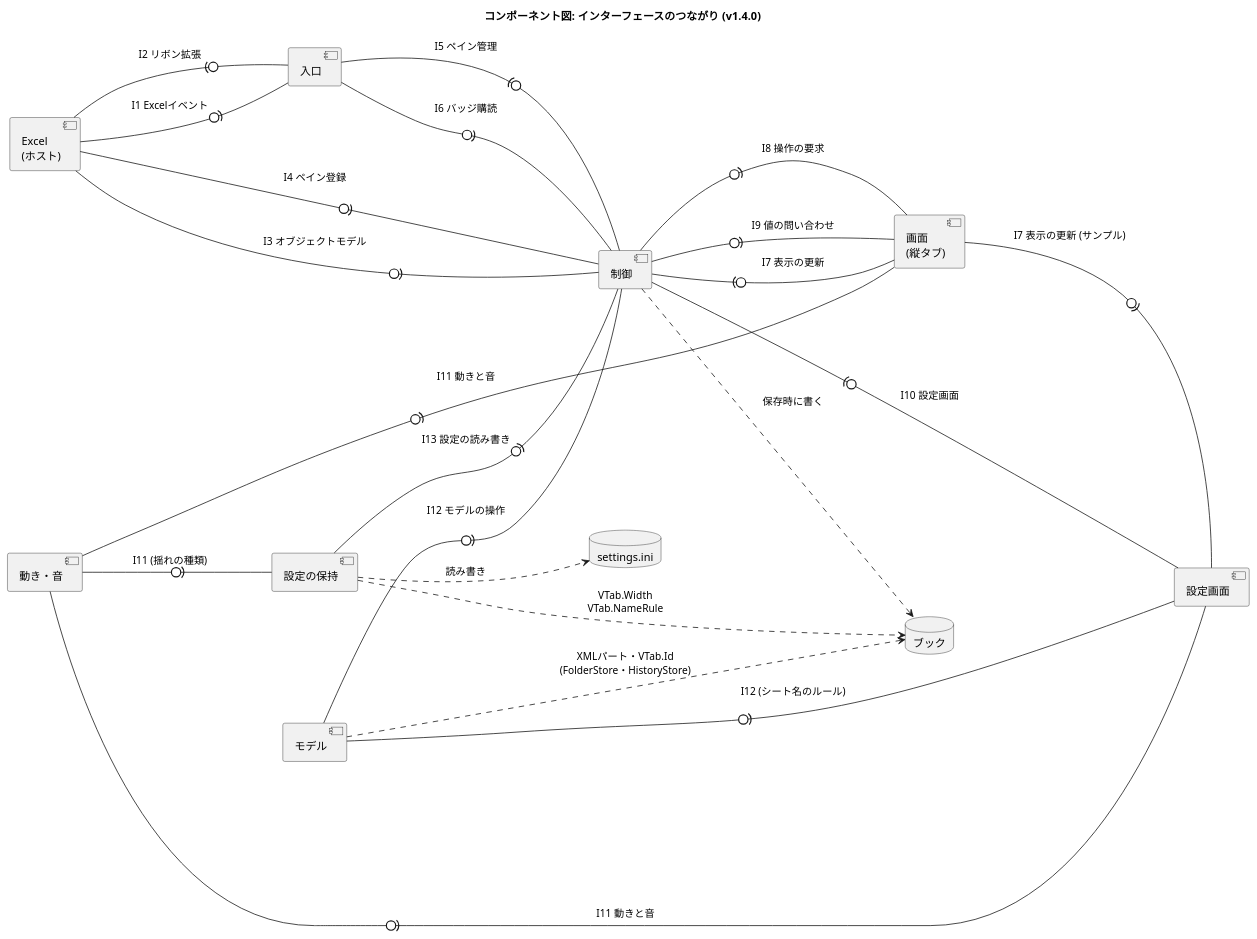
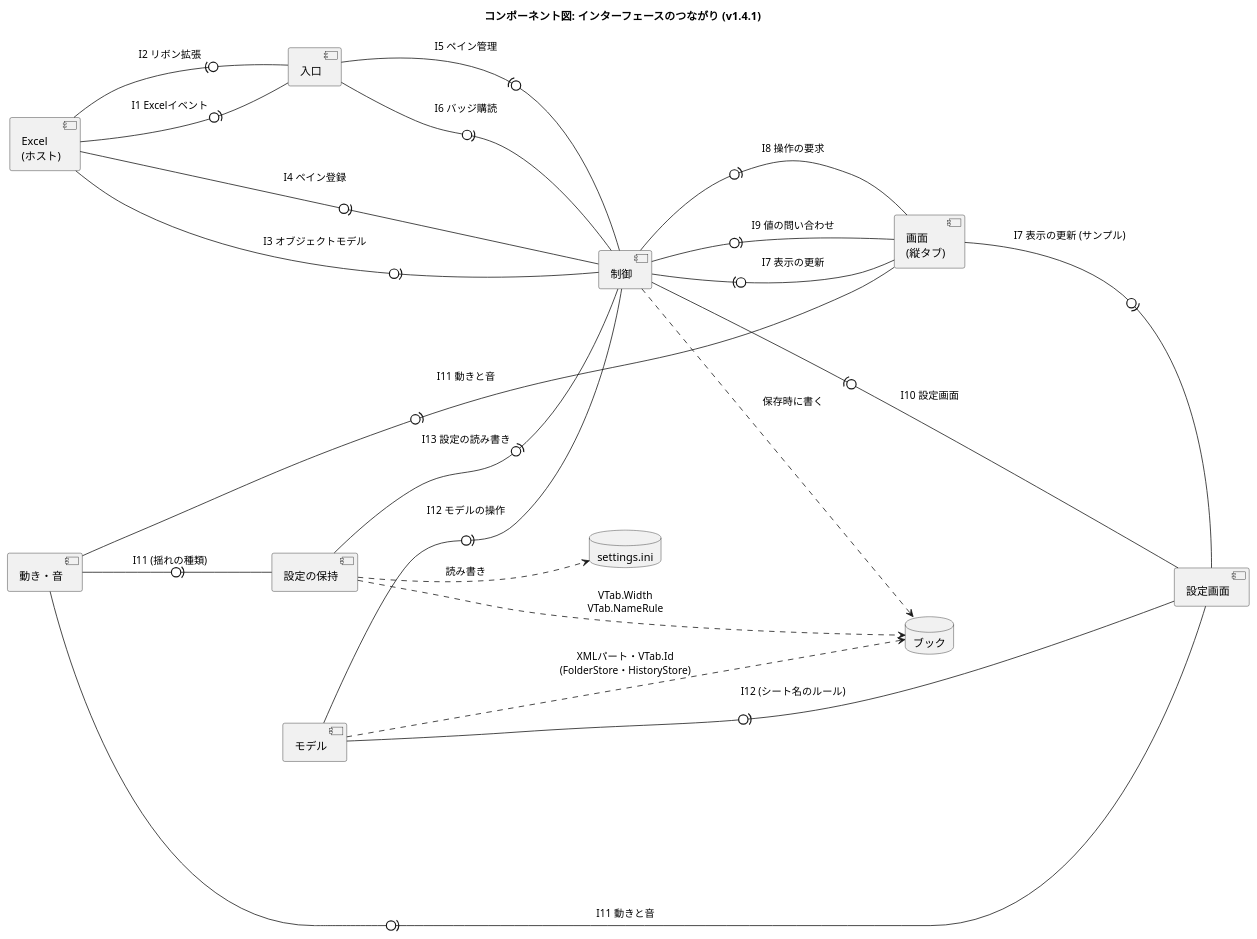
Before and after one commit to nk-taka623/VerticalSheetTabs: the diagram in docs/component-interface.puml, drawn with PlantUML. The commit also changed 14 other files, not shown here.

Commit message:
v1.4.1 にする (バージョン、README の変更点、設計図の版数)

```diff
--- a/docs/component-interface.puml
+++ b/docs/component-interface.puml
@@ -1,43 +1,43 @@
 @startuml
-title コンポーネント図: インターフェースのつながり (v1.4.0)
+title コンポーネント図: インターフェースのつながり (v1.4.1)
 left to right direction
 skinparam componentStyle uml2
 skinparam shadowing false
 skinparam nodesep 50
 skinparam ranksep 110
 
 component "Excel\n(ホスト)" as HOST
 component "入口" as ENTRY
 component "制御" as CTRL
 component "画面\n(縦タブ)" as VIEW
 component "設定画面" as SETTINGS
 component "動き・音" as FX
 component "モデル" as MODEL
 component "設定の保持" as CONFIG
 database "ブック" as BOOK
 database "settings.ini" as INI
 
 ' 「提供側 -0)- 利用側」: 丸が提供するインターフェース、受け口が利用 (I1 から I13 は、DEVELOPMENT.md の表)
 HOST -0)- ENTRY : I1 Excelイベント
 ENTRY -0)- HOST : I2 リボン拡張
 HOST -0)- CTRL : I3 オブジェクトモデル
 HOST -0)- CTRL : I4 ペイン登録
 CTRL -0)- ENTRY : I5 ペイン管理
 ENTRY -0)- CTRL : I6 バッジ購読
 VIEW -0)- CTRL : I7 表示の更新
 CTRL -0)- VIEW : I8 操作の要求
 CTRL -0)- VIEW : I9 値の問い合わせ
 SETTINGS -0)- CTRL : I10 設定画面
 VIEW -0)- SETTINGS : I7 表示の更新 (サンプル)
 FX -0)- VIEW : I11 動きと音
 FX -0)- SETTINGS : I11 動きと音
 FX -0)- CONFIG : I11 (揺れの種類)
 MODEL -0)- CTRL : I12 モデルの操作
 MODEL -0)- SETTINGS : I12 (シート名のルール)
 CONFIG -0)- CTRL : I13 設定の読み書き
 
 CTRL ..> BOOK : 保存時に書く
 MODEL ..> BOOK : XMLパート・VTab.Id\n(FolderStore・HistoryStore)
 CONFIG ..> BOOK : VTab.Width\nVTab.NameRule
 CONFIG ..> INI : 読み書き
 @enduml
```
